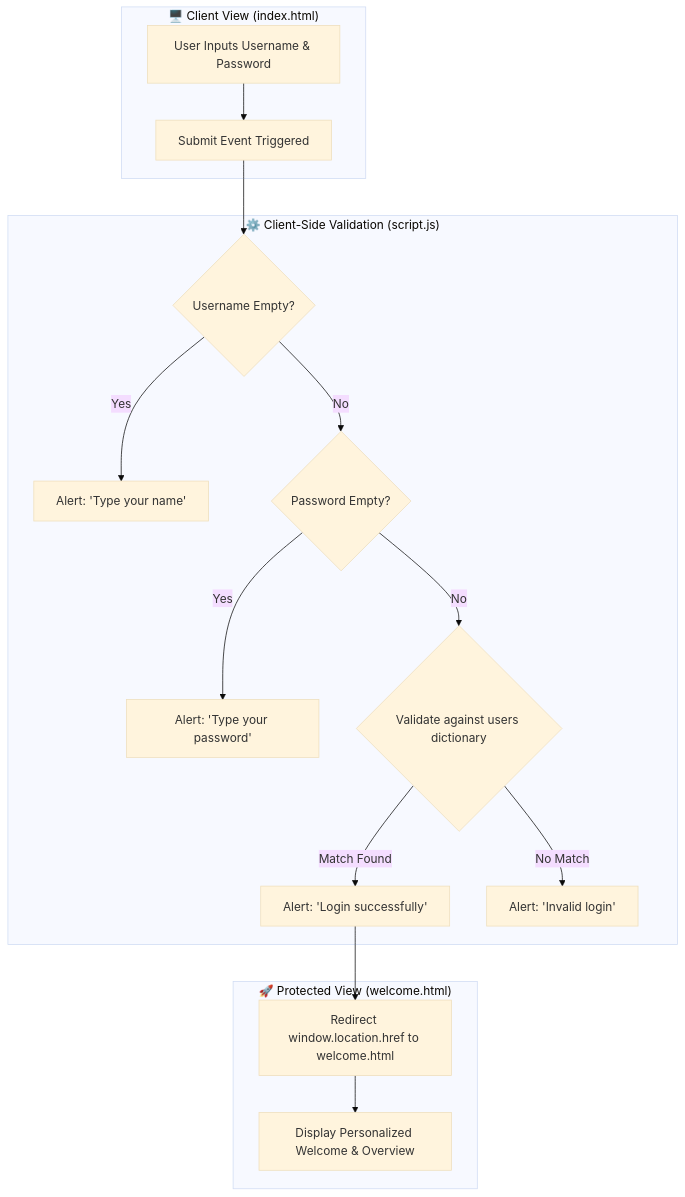
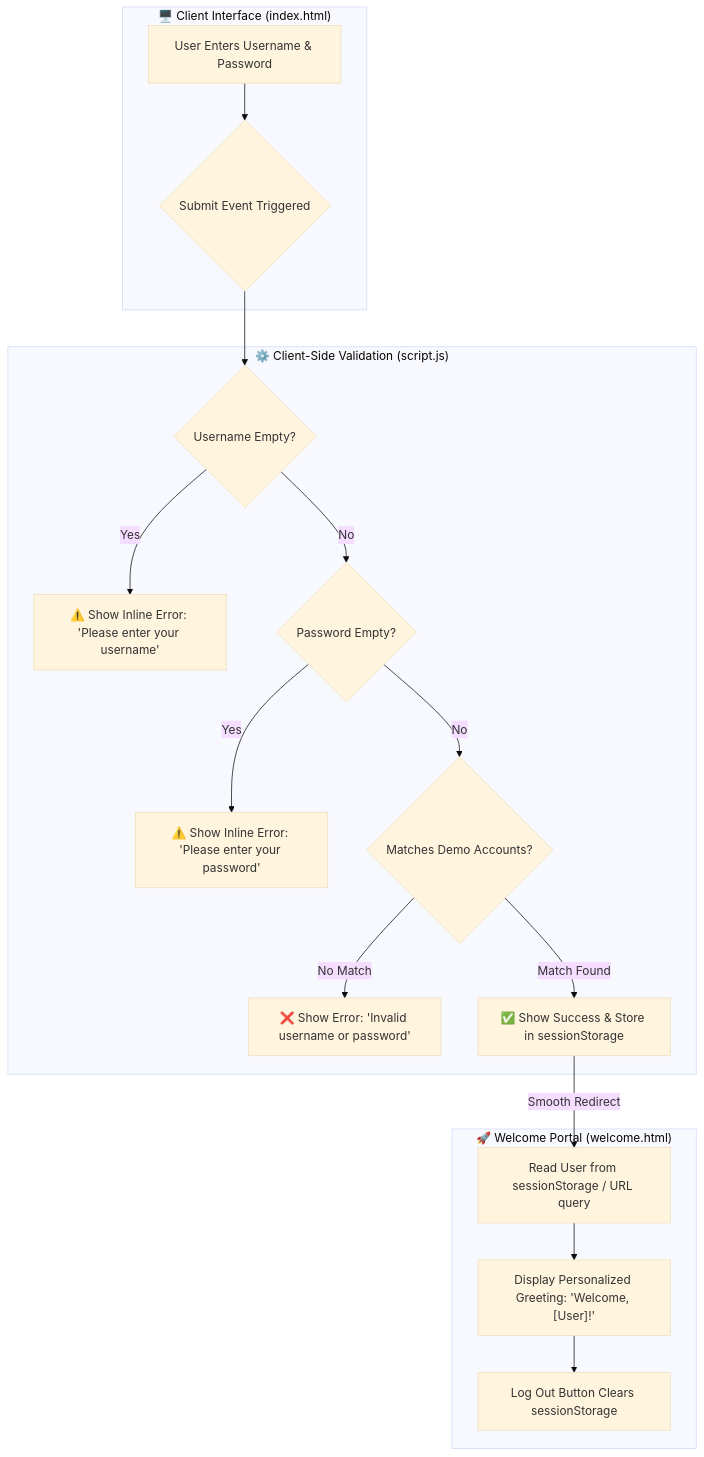
One commit to ranjithbrs/login-page-project changed the diagram in README.md. Above: the diagram before and after it, drawn with Mermaid (base theme). The commit also changed other lines of this file and 4 other files, not shown here.

Commit message:
docs and feat: audit 4/4 - accessible validation, responsive UI, security architecture disclaimer, and learning objectives

````diff
--- a/README.md
+++ b/README.md
@@ -45,21 +68,22 @@
 ```mermaid
 flowchart TD
-    subgraph View["🖥️ Client View (index.html)"]
-        A[User Inputs Username & Password] --> B[Submit Event Triggered]
+    subgraph UI["🖥️ Client Interface (index.html)"]
+        A[User Enters Username & Password] --> B{Submit Event Triggered}
     end
 
-    subgraph Controller["⚙️ Client-Side Validation (script.js)"]
+    subgraph Validation["⚙️ Client-Side Validation (script.js)"]
         B --> C{Username Empty?}
-        C -->|Yes| D[Alert: 'Type your name']
-        C -->|No| E{Password Empty?}
-        E -->|Yes| F[Alert: 'Type your password']
-        E -->|No| G{Validate against users dictionary}
-        G -->|Match Found| H[Alert: 'Login successfully']
-        G -->|No Match| I[Alert: 'Invalid login']
+        C -->|"Yes"| D["⚠️ Show Inline Error: 'Please enter your username'"]
+        C -->|"No"| E{Password Empty?}
+        E -->|"Yes"| F["⚠️ Show Inline Error: 'Please enter your password'"]
+        E -->|"No"| G{Matches Demo Accounts?}
+        G -->|"No Match"| H["❌ Show Error: 'Invalid username or password'"]
+        G -->|"Match Found"| I["✅ Show Success & Store in sessionStorage"]
     end
 
-    subgraph Navigation["🚀 Protected View (welcome.html)"]
-        H --> J[Redirect window.location.href to welcome.html]
-        J --> K[Display Personalized Welcome & Overview]
+    subgraph Destination["🚀 Welcome Portal (welcome.html)"]
+        I -->|"Smooth Redirect"| J["Read User from sessionStorage / URL query"]
+        J --> K["Display Personalized Greeting: 'Welcome, [User]!'"]
+        K --> L["Log Out Button Clears sessionStorage"]
     end
 ```
````
